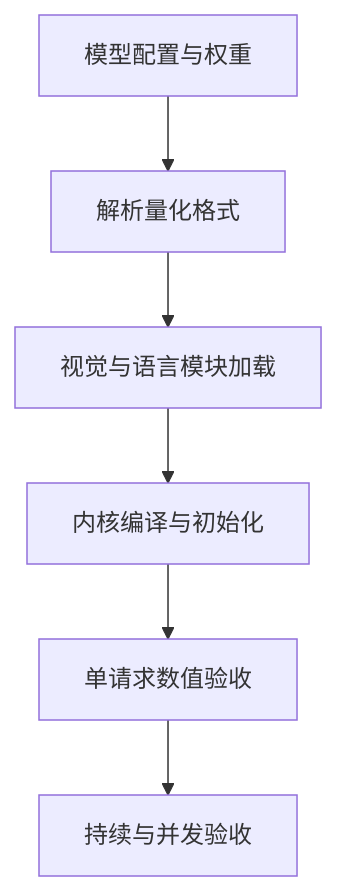
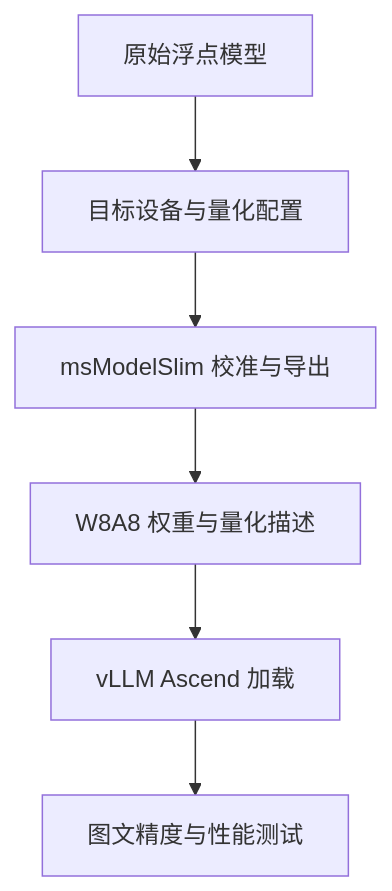
One commit to moonnryan/moonnryan-research-workshop changed the diagram in topics/quantization-accuracy/Ascend_多模态量化边界.md. Above: the diagram before and after it, drawn with Mermaid. The commit also changed other lines of this file, not shown here.

Commit message:
Correct Ascend multimodal quantization and device support boundaries

````diff
--- a/topics/quantization-accuracy/Ascend_多模态量化边界.md
+++ b/topics/quantization-accuracy/Ascend_多模态量化边界.md
@@ -18,8 +32,8 @@
 ```mermaid
 flowchart TB
-  A["模型配置与权重"] --> B["解析量化格式"]
-  B --> C["视觉与语言模块加载"]
-  C --> D["内核编译与初始化"]
-  D --> E["单请求数值验收"]
-  E --> F["持续与并发验收"]
+  A["原始浮点模型"] --> B["目标设备与量化配置"]
+  B --> C["msModelSlim 校准与导出"]
+  C --> D["W8A8 权重与量化描述"]
+  D --> E["vLLM Ascend 加载"]
+  E --> F["图文精度与性能测试"]
 ```
````
